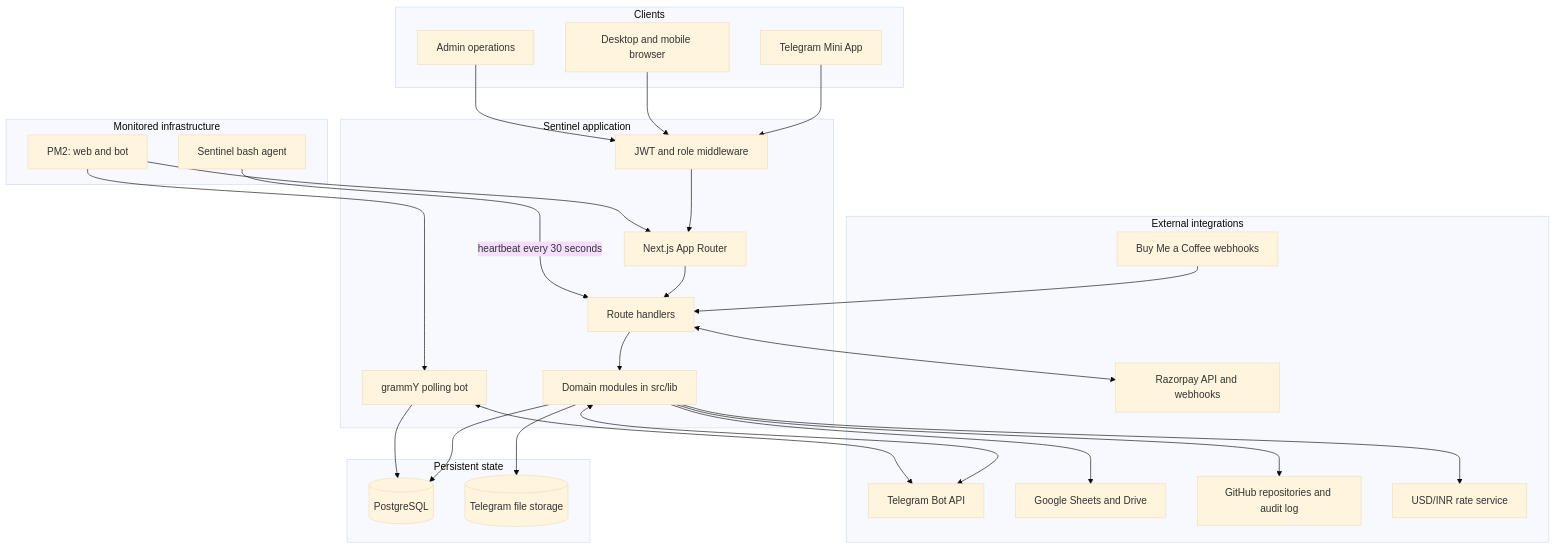
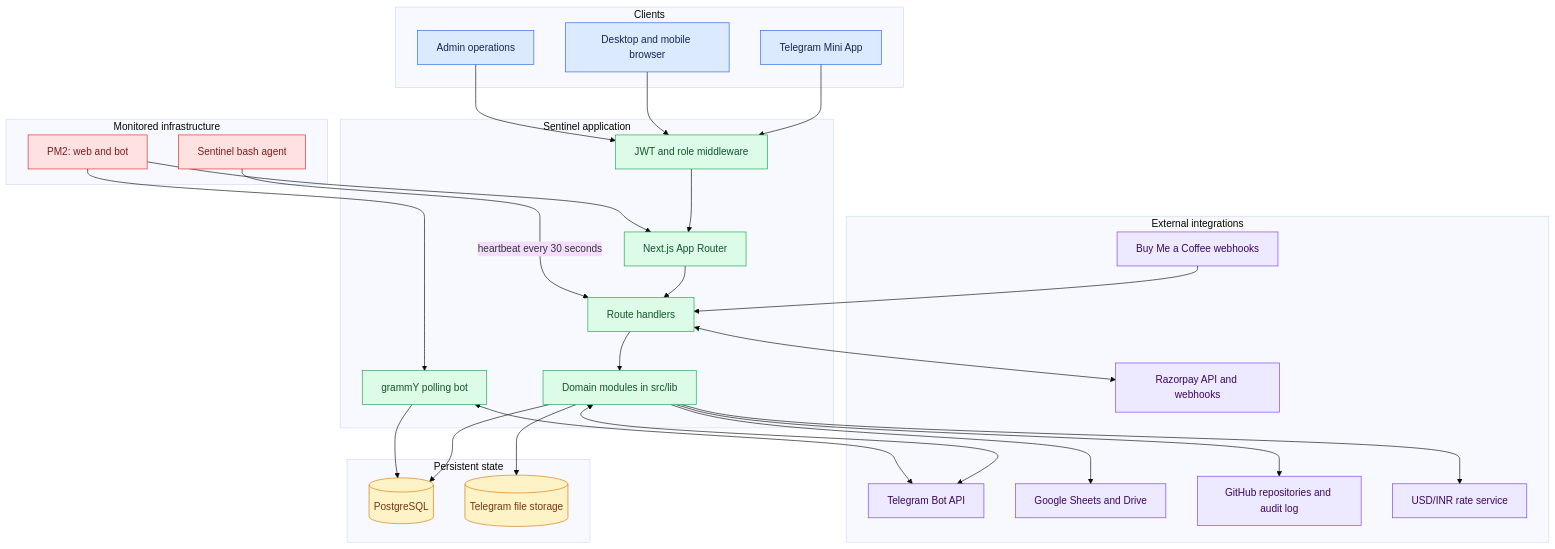
The fourth of 7 diagrams in README.md (zxcvresque/Pzp-Sentinel), drawn with Mermaid (base theme) before and after one commit. The commit also changed other lines of this file and 26 other files, not shown here.

````diff
--- a/README.md
+++ b/README.md
@@ -202,55 +226,66 @@
 ```mermaid
 flowchart TB
     subgraph Clients[Clients]
         MINI[Telegram Mini App]
         WEB[Desktop and mobile browser]
         ADMIN[Admin operations]
     end
 
     subgraph Sentinel[Sentinel application]
         MW[JWT and role middleware]
         NEXT[Next.js App Router]
         ROUTES[Route handlers]
         DOMAIN[Domain modules in src/lib]
         BOT[grammY polling bot]
     end
 
     subgraph Data[Persistent state]
         PG[(PostgreSQL)]
         FILES[(Telegram file storage)]
     end
 
     subgraph Integrations[External integrations]
         TG[Telegram Bot API]
         RZP[Razorpay API and webhooks]
         BMC[Buy Me a Coffee webhooks]
         GS[Google Sheets and Drive]
         GH[GitHub repositories and audit log]
         FX[USD/INR rate service]
     end
 
     subgraph Fleet[Monitored infrastructure]
         AGENT[Sentinel bash agent]
         PM2[PM2: web and bot]
     end
 
     MINI --> MW
     WEB --> MW
     ADMIN --> MW
     MW --> NEXT
     NEXT --> ROUTES
     ROUTES --> DOMAIN
     DOMAIN --> PG
     DOMAIN --> FILES
     ROUTES <--> RZP
     BMC --> ROUTES
     DOMAIN <--> TG
     DOMAIN --> GS
     DOMAIN --> GH
     DOMAIN --> FX
     BOT <--> TG
     BOT --> PG
     AGENT -->|heartbeat every 30 seconds| ROUTES
     PM2 --> NEXT
     PM2 --> BOT
+
+    classDef client fill:#dbeafe,stroke:#2563eb,color:#172554
+    classDef app fill:#dcfce7,stroke:#16a34a,color:#14532d
+    classDef data fill:#fef3c7,stroke:#d97706,color:#78350f
+    classDef integration fill:#ede9fe,stroke:#7c3aed,color:#3b0764
+    classDef fleet fill:#fee2e2,stroke:#dc2626,color:#7f1d1d
+    class MINI,WEB,ADMIN client
+    class MW,NEXT,ROUTES,DOMAIN,BOT app
+    class PG,FILES data
+    class TG,RZP,BMC,GS,GH,FX integration
+    class AGENT,PM2 fleet
 ```
````
